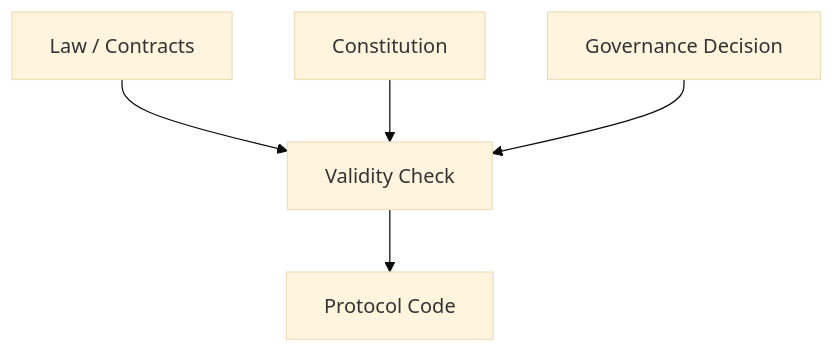
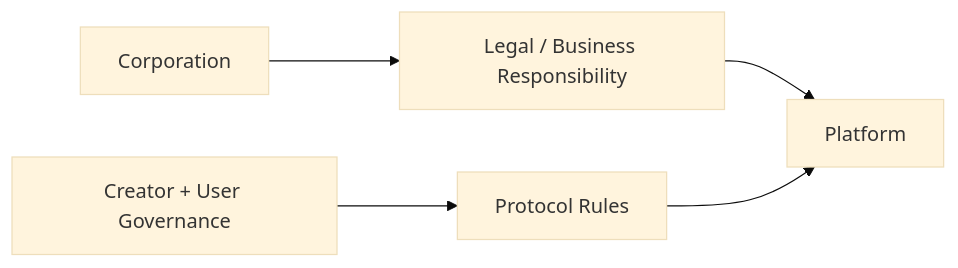
One commit to ShigeichiroYamasaki/creator-first-platform changed diagram 13 of 23 in docs/whitepaper/07-governance.md. Above: the diagram before and after it, drawn with Mermaid (base theme). The commit also changed other lines of this file and 1 other file, not shown here.

````diff
--- a/docs/whitepaper/07-governance.md
+++ b/docs/whitepaper/07-governance.md
@@ -379,12 +606,14 @@
 ```mermaid
-flowchart TD
-    LAW[Law / Contracts]
-    CONST[Constitution]
-    GOV[Governance Decision]
-    CODE[Protocol Code]
+flowchart LR
+    CORP[Corporation]
+    LEGAL[Legal / Business Responsibility]
 
-    LAW --> CHECK[Validity Check]
-    CONST --> CHECK
-    GOV --> CHECK
-    CHECK --> CODE
+    GOV[Creator + User Governance]
+    PROTOCOL[Protocol Rules]
+
+    CORP --> LEGAL
+    GOV --> PROTOCOL
+
+    LEGAL --> PLATFORM[Platform]
+    PROTOCOL --> PLATFORM
 ```
````
